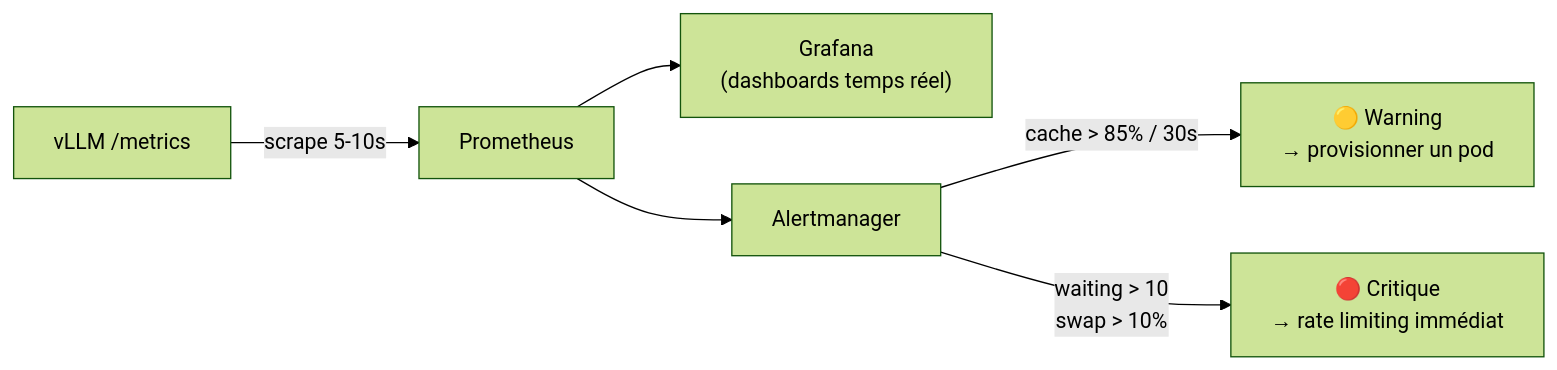
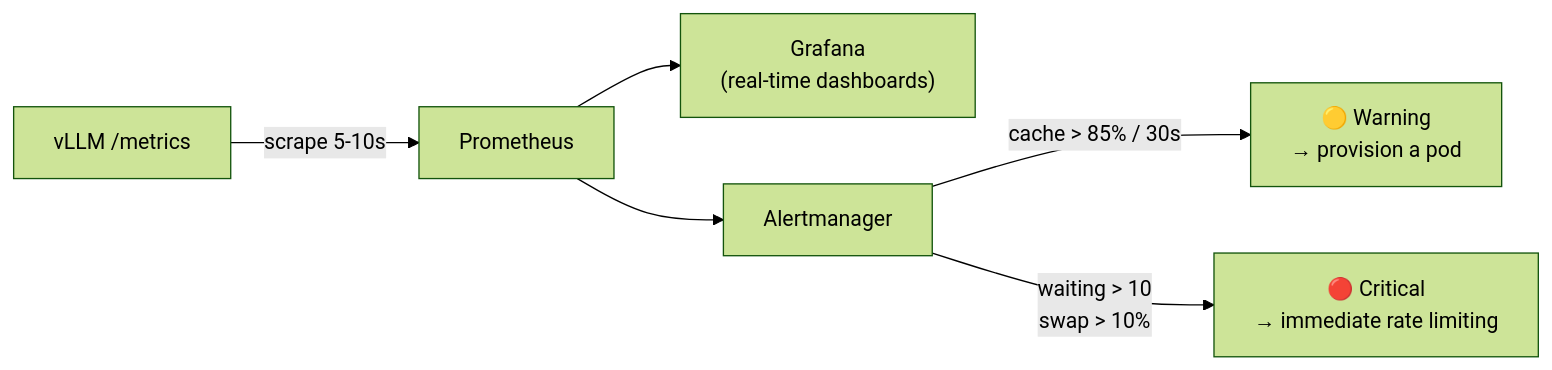
Before and after one commit to ADORSYS-GIS/Custom-Ai-Ops: the seventh of 9 diagrams in docs/explain/kv-cache.md, drawn with Mermaid (forest theme). The commit also changed other lines of this file and 22 other files, not shown here.

````diff
--- a/docs/explain/kv-cache.md
+++ b/docs/explain/kv-cache.md
@@ -258,8 +258,8 @@
 ```mermaid
 flowchart LR
     VLLM["vLLM /metrics"] -->|scrape 5-10s| PROM["Prometheus"]
-    PROM --> GRAF["Grafana\n(dashboards temps réel)"]
+    PROM --> GRAF["Grafana\n(real-time dashboards)"]
     PROM --> AM["Alertmanager"]
-    AM -->|"cache > 85% / 30s"| WARN["🟡 Warning\n→ provisionner un pod"]
-    AM -->|"waiting > 10\nswap > 10%"| CRIT["🔴 Critique\n→ rate limiting immédiat"]
+    AM -->|"cache > 85% / 30s"| WARN["🟡 Warning\n→ provision a pod"]
+    AM -->|"waiting > 10\nswap > 10%"| CRIT["🔴 Critical\n→ immediate rate limiting"]
 ```
````
